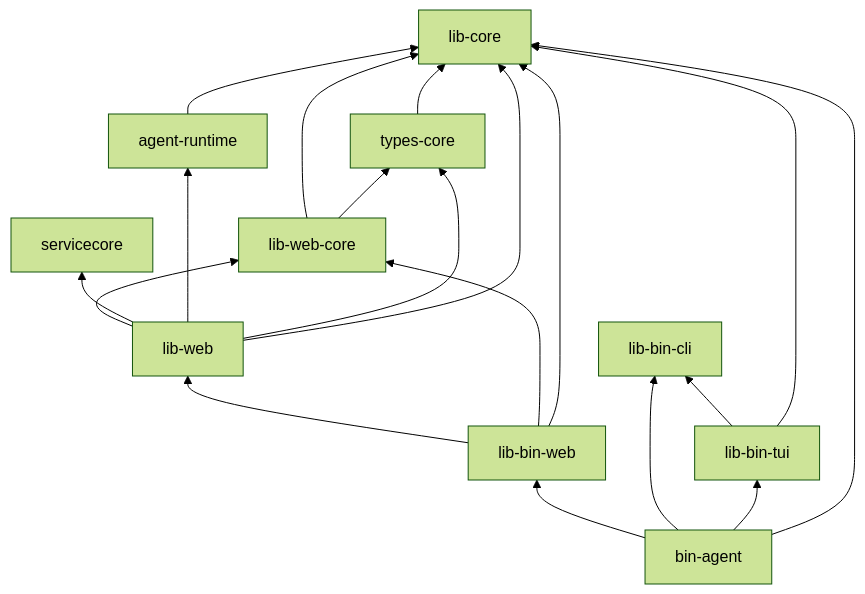
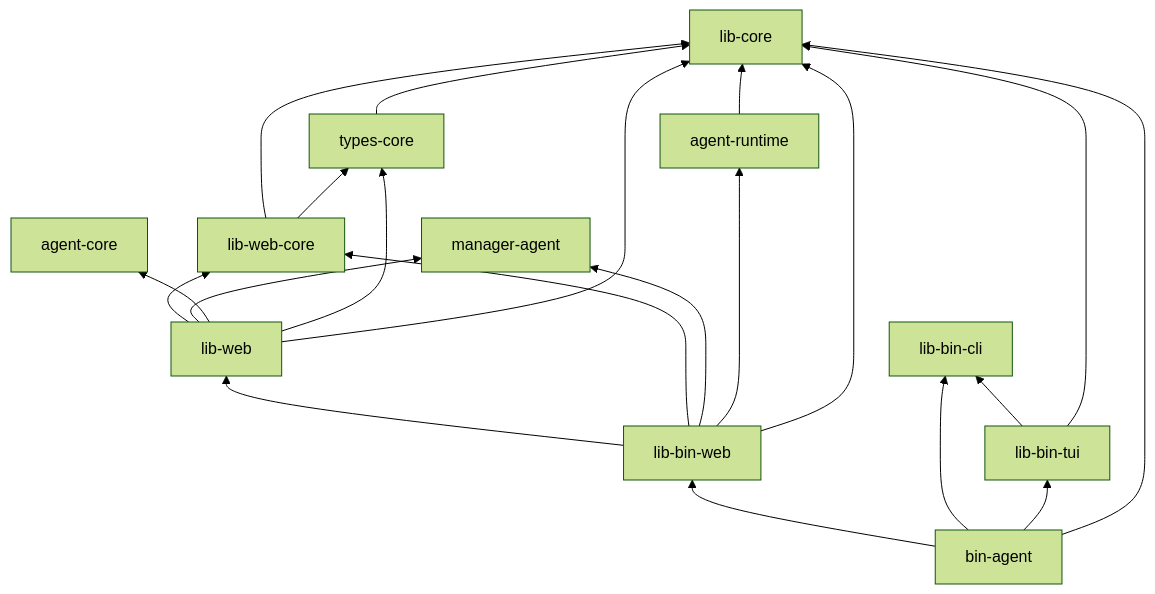
The fourth of 5 diagrams in docs/workspace.md (lingting/lingting-agent), drawn with Mermaid (forest theme) before and after one commit. The commit also changed other lines of this file and 22 other files, not shown here.

````diff
--- a/docs/workspace.md
+++ b/docs/workspace.md
@@ -750,22 +747,24 @@
 ```mermaid
 flowchart BT
     libcore["lib-core"]
     typescore["types-core"] --> libcore
     webcore["lib-web-core"] --> libcore
     webcore --> typescore
     agentruntime["agent-runtime"] --> libcore
     web["lib-web"] --> webcore
-    web --> servicecore
-    web --> agentruntime
+    web --> manager["manager-agent"]
+    web --> agentcore["agent-core"]
     web --> typescore
     web --> libcore
     binweb["lib-bin-web"] --> web
     binweb --> webcore
+    binweb --> manager
+    binweb --> agentruntime
     binweb --> libcore
     binagent["bin-agent"] --> binweb
     binagent --> bincli["lib-bin-cli"]
     binagent --> bintui["lib-bin-tui"]
     binagent --> libcore
     bintui --> bincli
     bintui --> libcore
 ```
````
